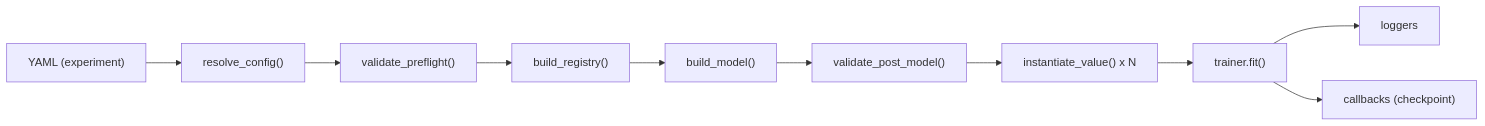
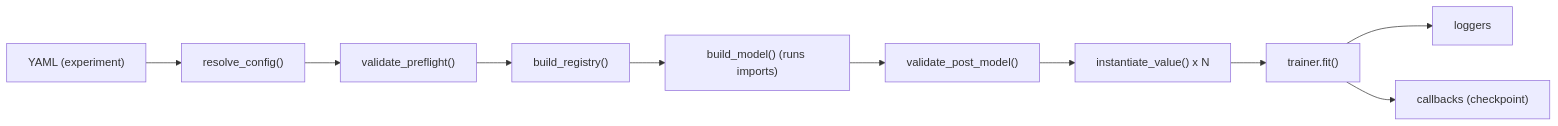
One commit to KyunHwan/trainer changed the diagram in README.md. Above: the diagram before and after it, drawn with Mermaid. The commit also changed other lines of this file, not shown here.

````diff
--- a/README.md
+++ b/README.md
@@ -57,12 +81,12 @@
 ```mermaid
 flowchart LR
   YAML["YAML (experiment)"] --> RESOLVE["resolve_config()"]
   RESOLVE --> VALIDATE1["validate_preflight()"]
   VALIDATE1 --> REG["build_registry()"]
-  REG --> MODEL["build_model()"]
+  REG --> MODEL["build_model() (runs imports)"]
   MODEL --> VALIDATE2["validate_post_model()"]
   VALIDATE2 --> INST["instantiate_value() x N"]
   INST --> FIT["trainer.fit()"]
   FIT --> LOG["loggers"]
   FIT --> CKPT["callbacks (checkpoint)"]
 ```
````
